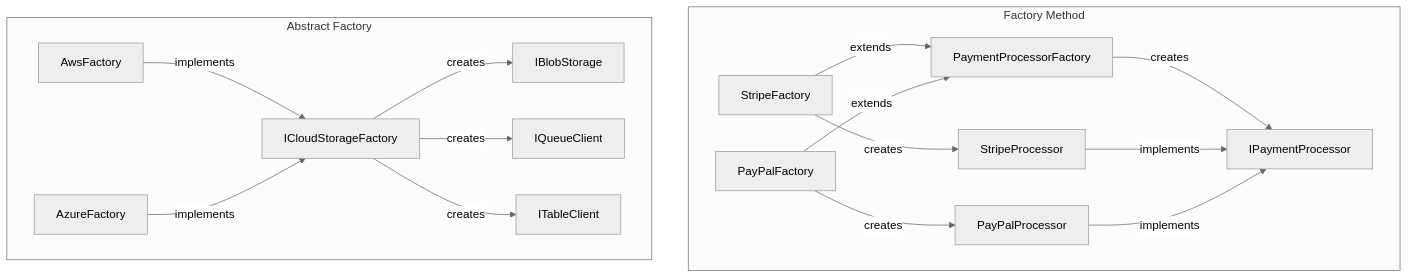
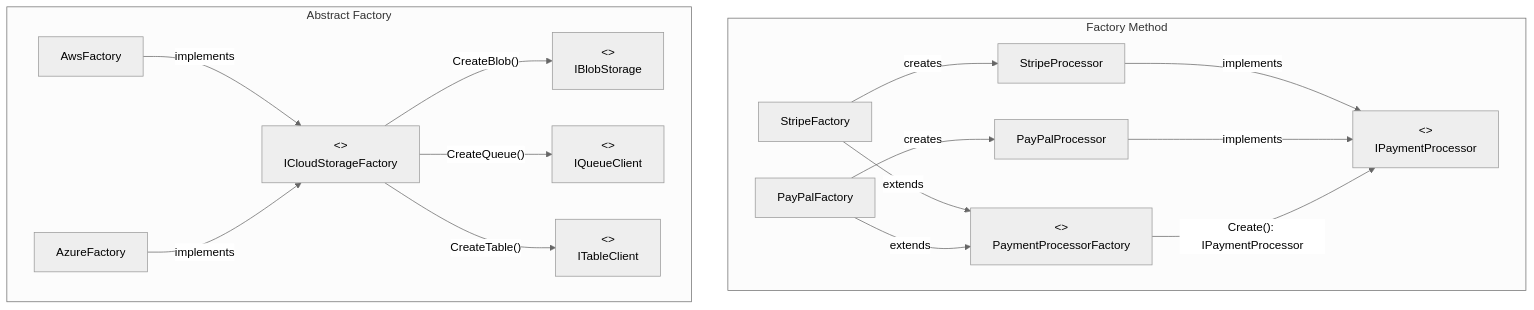
The first of 12 diagrams in docs/comparison-maps.md (senapatisantosh/DotnetAdvanceDesignPattern), drawn with Mermaid (neutral theme) before and after one commit. The commit also changed other lines of this file and 1 other file, not shown here.

````diff
--- a/docs/comparison-maps.md
+++ b/docs/comparison-maps.md
@@ -42,20 +47,26 @@
 ```mermaid
 graph TB
     subgraph "Factory Method"
-        FM_Creator[PaymentProcessorFactory] -->|creates| FM_Product[IPaymentProcessor]
+        FM_Creator["<<abstract>><br/>PaymentProcessorFactory"]
+        FM_Product["<<interface>><br/>IPaymentProcessor"]
         FM_StripeFactory[StripeFactory] -->|extends| FM_Creator
         FM_PayPalFactory[PayPalFactory] -->|extends| FM_Creator
         FM_StripeFactory -->|creates| FM_Stripe[StripeProcessor]
         FM_PayPalFactory -->|creates| FM_PayPal[PayPalProcessor]
         FM_Stripe -->|implements| FM_Product
         FM_PayPal -->|implements| FM_Product
+        FM_Creator -->|"Create(): IPaymentProcessor"| FM_Product
     end
 
     subgraph "Abstract Factory"
-        AF_Factory[ICloudStorageFactory] -->|creates| AF_Blob[IBlobStorage]
-        AF_Factory -->|creates| AF_Queue[IQueueClient]
-        AF_Factory -->|creates| AF_Table[ITableClient]
+        AF_Factory["<<interface>><br/>ICloudStorageFactory"]
+        AF_Blob["<<interface>><br/>IBlobStorage"]
+        AF_Queue["<<interface>><br/>IQueueClient"]
+        AF_Table["<<interface>><br/>ITableClient"]
+        AF_Factory -->|"CreateBlob()"| AF_Blob
+        AF_Factory -->|"CreateQueue()"| AF_Queue
+        AF_Factory -->|"CreateTable()"| AF_Table
         AF_AWS[AwsFactory] -->|implements| AF_Factory
         AF_Azure[AzureFactory] -->|implements| AF_Factory
     end
 ```
````
